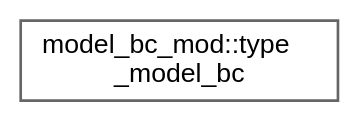
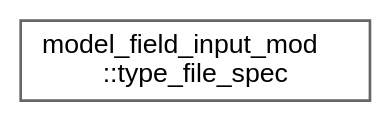
One commit to mayhl/FUNWAVE-TVD changed the diagram in release/v4.0-beta/inherit_graph_36.dot. Above: the diagram before and after it, drawn with Graphviz. The commit also changed 126 other files, not shown here.

```diff
--- a/release/v4.0-beta/inherit_graph_36.dot
+++ b/release/v4.0-beta/inherit_graph_36.dot
@@ -1,9 +1,9 @@
 digraph "Graphical Class Hierarchy"
 {
  // LATEX_PDF_SIZE
   bgcolor="transparent";
   edge [fontname=Helvetica,fontsize=10,labelfontname=Helvetica,labelfontsize=10];
   node [fontname=Helvetica,fontsize=10,shape=box,height=0.2,width=0.4];
   rankdir="LR";
-  Node0 [id="Node000000",label="model_bc_mod::type\l_model_bc",height=0.2,width=0.4,color="grey40", fillcolor="white", style="filled",URL="$structmodel__bc__mod_1_1type__model__bc.html",tooltip=" "];
+  Node0 [id="Node000000",label="model_field_input_mod\l::type_file_spec",height=0.2,width=0.4,color="grey40", fillcolor="white", style="filled",URL="$structmodel__field__input__mod_1_1type__file__spec.html",tooltip=" "];
 }
```
